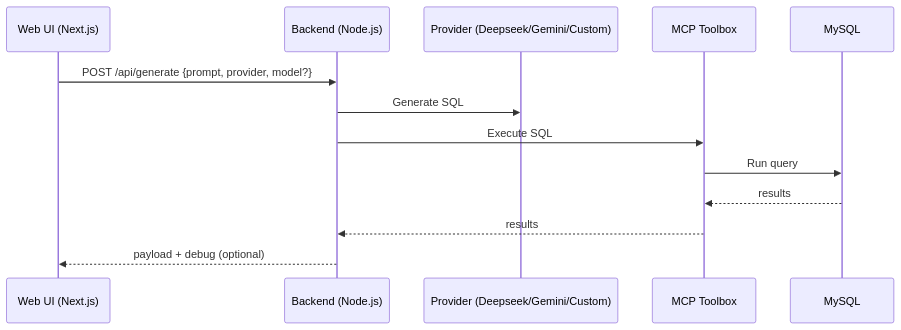
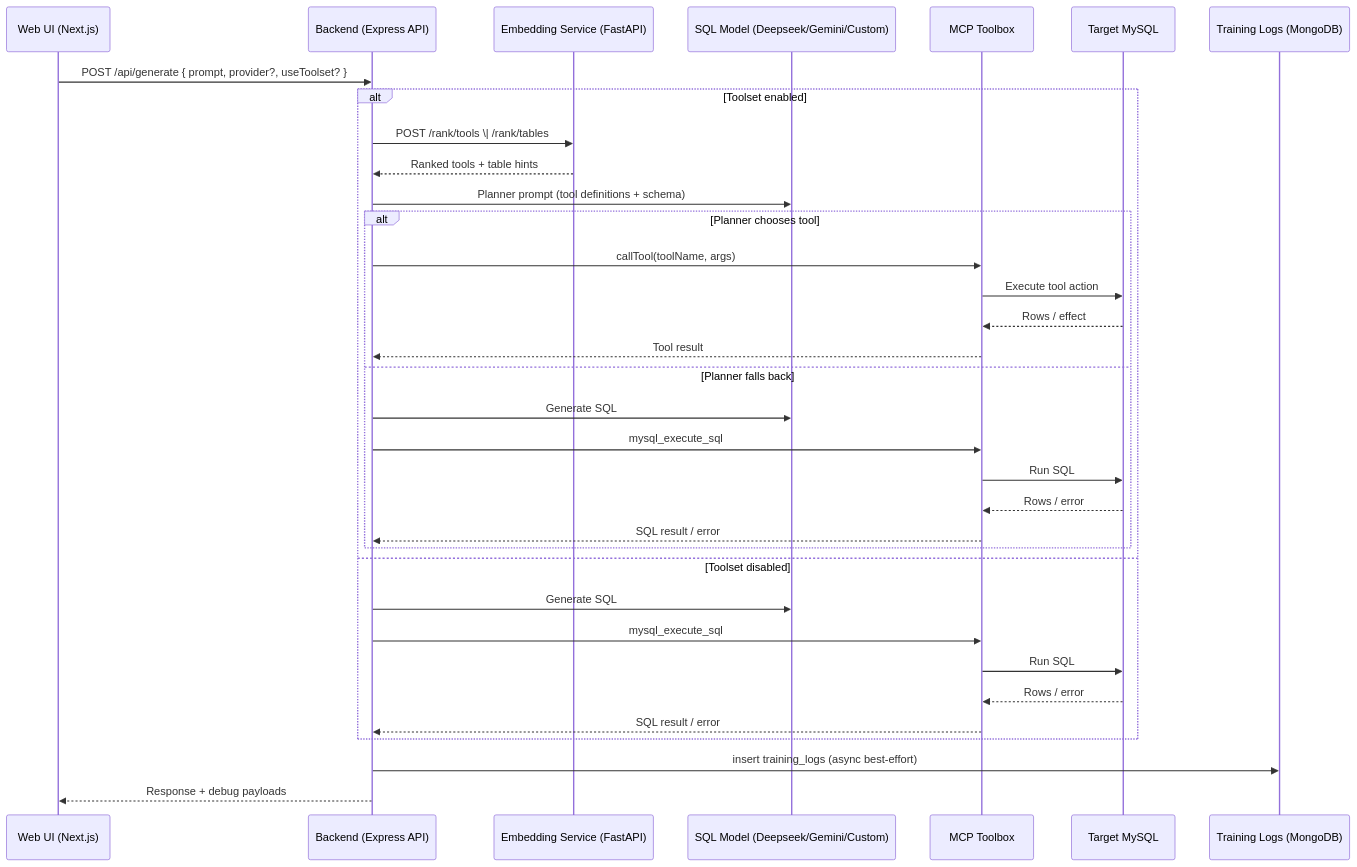
Before and after one commit to afurgapil/mcp-agent-demo: the diagram in README.md, drawn with Mermaid. The commit also changed other lines of this file and 2 other files, not shown here.

````diff
--- a/README.md
+++ b/README.md
@@ -28,16 +28,42 @@
 ```mermaid
 sequenceDiagram
     participant UI as Web UI (Next.js)
-    participant BE as Backend (Node.js)
-    participant LLM as Provider (Deepseek/Gemini/Custom)
+    participant BE as Backend (Express API)
+    participant Embed as Embedding Service (FastAPI)
+    participant LLM as SQL Model (Deepseek/Gemini/Custom)
     participant MCP as MCP Toolbox
-    participant DB as MySQL
+    participant DB as Target MySQL
+    participant Mongo as Training Logs (MongoDB)
 
-    UI->>BE: POST /api/generate {prompt, provider, model?}
-    BE->>LLM: Generate SQL
-    BE->>MCP: Execute SQL
-    MCP->>DB: Run query
-    DB-->>MCP: results
-    MCP-->>BE: results
-    BE-->>UI: payload + debug (optional)
+    UI->>BE: POST /api/generate { prompt, provider?, useToolset? }
+
+    alt Toolset enabled
+        BE->>Embed: POST /rank/tools \| /rank/tables
+        Embed-->>BE: Ranked tools + table hints
+        BE->>LLM: Planner prompt (tool definitions + schema)
+
+        alt Planner chooses tool
+            BE->>MCP: callTool(toolName, args)
+            MCP->>DB: Execute tool action
+            DB-->>MCP: Rows / effect
+            MCP-->>BE: Tool result
+        else Planner falls back
+            BE->>LLM: Generate SQL
+            BE->>MCP: mysql_execute_sql
+            MCP->>DB: Run SQL
+            DB-->>MCP: Rows / error
+            MCP-->>BE: SQL result / error
+        end
+
+    else Toolset disabled
+        BE->>LLM: Generate SQL
+        BE->>MCP: mysql_execute_sql
+        MCP->>DB: Run SQL
+        DB-->>MCP: Rows / error
+        MCP-->>BE: SQL result / error
+    end
+
+    BE->>Mongo: insert training_logs (async best-effort)
+    BE-->>UI: Response + debug payloads
+
 ```
````
